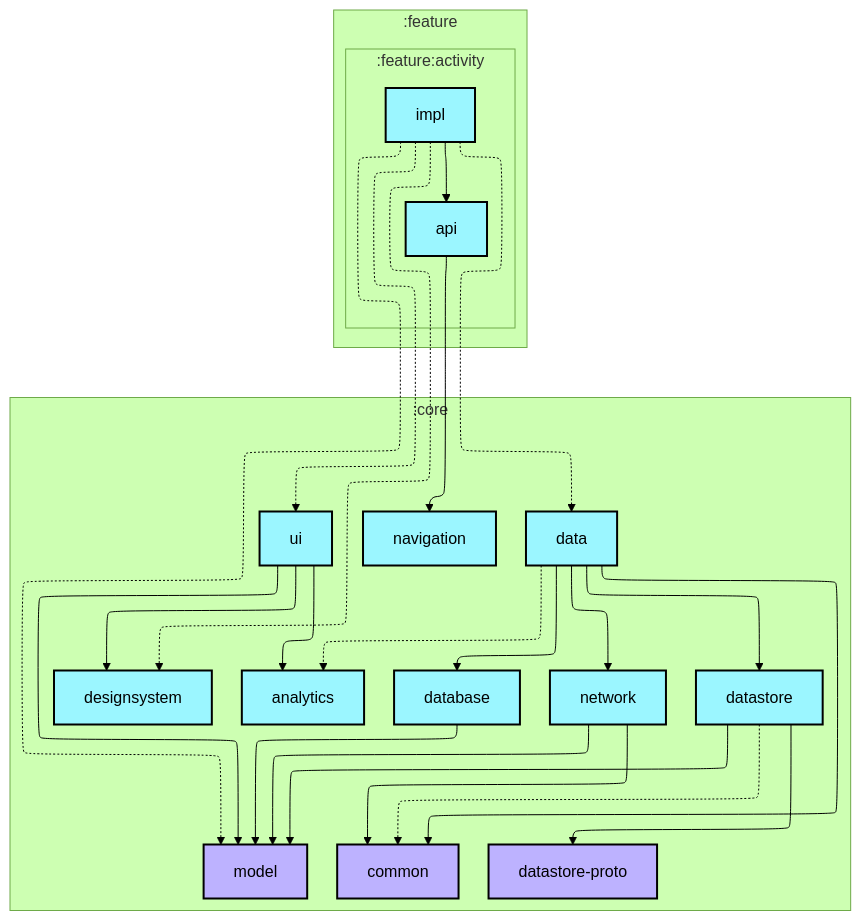
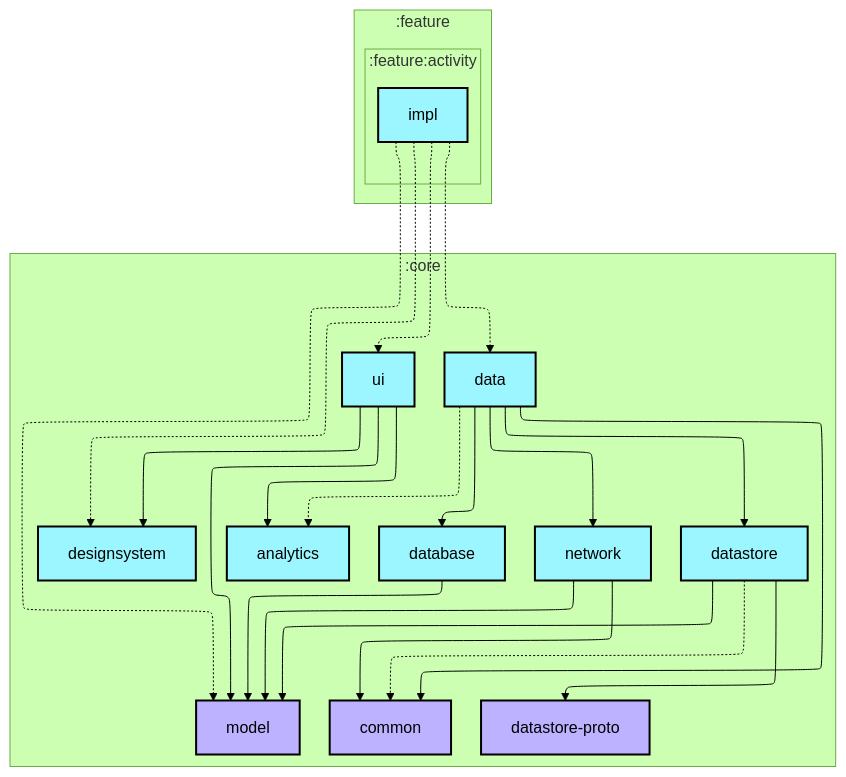
One commit to alfariesh/surau-android changed the first of 2 diagrams in feature/activity/impl/README.md. Above: the diagram before and after it, drawn with Mermaid (forest theme). The commit also changed 120 other files, not shown here.

````diff
--- a/feature/activity/impl/README.md
+++ b/feature/activity/impl/README.md
@@ -6,59 +6,55 @@
 ```mermaid
 ---
 config:
   layout: elk
   elk:
     nodePlacementStrategy: SIMPLE
 ---
 graph TB
   subgraph :feature
     direction TB
     subgraph :feature:activity
       direction TB
-      :feature:activity:api[api]:::android-library
       :feature:activity:impl[impl]:::android-library
     end
   end
   subgraph :core
     direction TB
     :core:analytics[analytics]:::android-library
     :core:common[common]:::jvm-library
     :core:data[data]:::android-library
     :core:database[database]:::android-library
     :core:datastore[datastore]:::android-library
     :core:datastore-proto[datastore-proto]:::jvm-library
     :core:designsystem[designsystem]:::android-library
     :core:model[model]:::jvm-library
-    :core:navigation[navigation]:::android-library
     :core:network[network]:::android-library
     :core:ui[ui]:::android-library
   end
 
   :core:data -.-> :core:analytics
   :core:data --> :core:common
   :core:data --> :core:database
   :core:data --> :core:datastore
   :core:data --> :core:network
   :core:database --> :core:model
   :core:datastore -.-> :core:common
   :core:datastore --> :core:datastore-proto
   :core:datastore --> :core:model
   :core:network --> :core:common
   :core:network --> :core:model
   :core:ui --> :core:analytics
   :core:ui --> :core:designsystem
   :core:ui --> :core:model
-  :feature:activity:api --> :core:navigation
   :feature:activity:impl -.-> :core:data
   :feature:activity:impl -.-> :core:designsystem
   :feature:activity:impl -.-> :core:model
   :feature:activity:impl -.-> :core:ui
-  :feature:activity:impl --> :feature:activity:api
 
 classDef android-application fill:#CAFFBF,stroke:#000,stroke-width:2px,color:#000;
 classDef android-feature fill:#FFD6A5,stroke:#000,stroke-width:2px,color:#000;
 classDef android-library fill:#9BF6FF,stroke:#000,stroke-width:2px,color:#000;
 classDef android-test fill:#A0C4FF,stroke:#000,stroke-width:2px,color:#000;
 classDef jvm-library fill:#BDB2FF,stroke:#000,stroke-width:2px,color:#000;
 classDef unknown fill:#FFADAD,stroke:#000,stroke-width:2px,color:#000;
 ```
````
